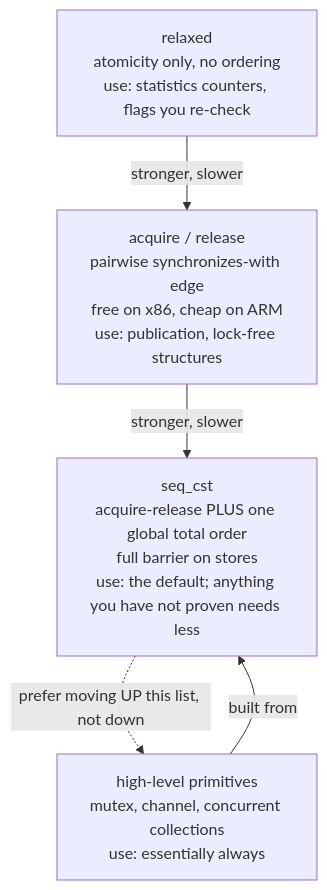
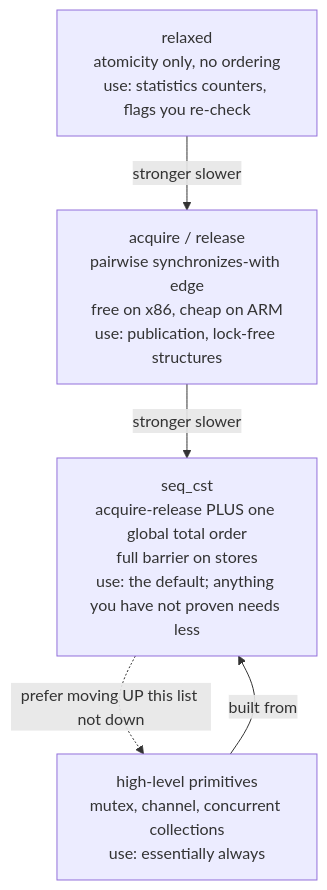
One commit to bumbsclaw/textbooks changed the fifth of 7 diagrams in vol-04-concurrency/ch03-memory-models.md. Above: the diagram before and after it, drawn with Mermaid. The commit also changed other lines of this file and 173 other files, not shown here.

First line of the commit message:
fix(mermaid): close note brackets, semicolons in Notes, stateDiagram br -> dash, edge parens

````diff
--- a/vol-04-concurrency/ch03-memory-models.md
+++ b/vol-04-concurrency/ch03-memory-models.md
@@ -445,10 +445,10 @@
 ```mermaid
 flowchart TB
   R["relaxed<br/>atomicity only, no ordering<br/>use: statistics counters, flags you re-check"]
   A["acquire / release<br/>pairwise synchronizes-with edge<br/>free on x86, cheap on ARM<br/>use: publication, lock-free structures"]
   S["seq_cst<br/>acquire-release PLUS one global total order<br/>full barrier on stores<br/>use: the default; anything you have not proven needs less"]
   H["high-level primitives<br/>mutex, channel, concurrent collections<br/>use: essentially always"]
-  R -->|"stronger, slower"| A -->|"stronger, slower"| S
+  R -->|"stronger slower"| A -->|"stronger slower"| S
   H -->|"built from"| S
-  S -.->|"prefer moving UP this list, not down"| H
+  S -.->|"prefer moving UP this list not down"| H
 ```
````
